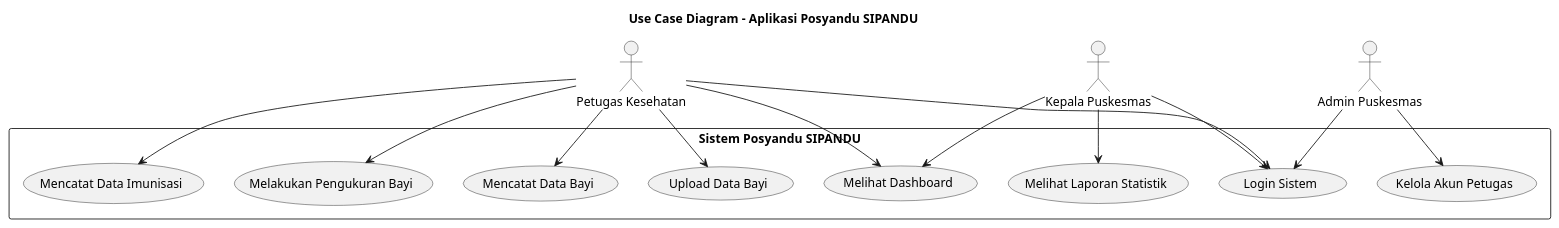
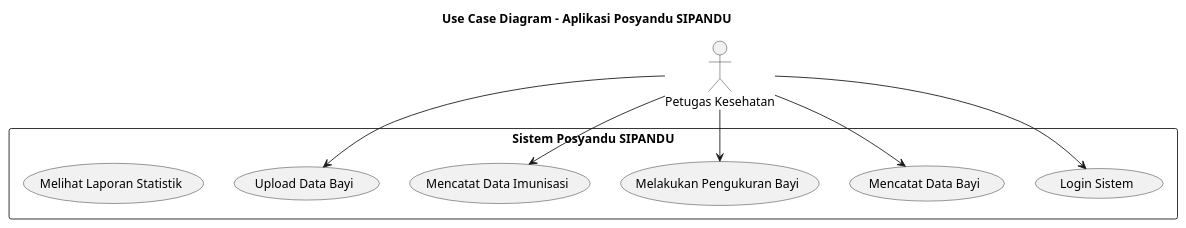
One commit to RiansyahTohamba/electron-posyandu-anawai changed the diagram in UML/use_case.puml. Above: the diagram before and after it, drawn with PlantUML.

Commit message:
update uc

```diff
--- a/UML/use_case.puml
+++ b/UML/use_case.puml
@@ -1,33 +1,20 @@
 @startuml
 title Use Case Diagram - Aplikasi Posyandu SIPANDU
 
 actor "Petugas Kesehatan" as Petugas
-actor "Admin Puskesmas" as Admin
-actor "Kepala Puskesmas" as Kepala
 
 rectangle "Sistem Posyandu SIPANDU" {
     usecase "Login Sistem" as UC1
     usecase "Mencatat Data Bayi" as UC2
     usecase "Melakukan Pengukuran Bayi" as UC3
     usecase "Mencatat Data Imunisasi" as UC4
-    usecase "Melihat Dashboard" as UC5
     usecase "Upload Data Bayi" as UC6
-    usecase "Kelola Akun Petugas" as UC7
     usecase "Melihat Laporan Statistik" as UC8
 }
 
 Petugas --> UC1
 Petugas --> UC2
 Petugas --> UC3
 Petugas --> UC4
-Petugas --> UC5
 Petugas --> UC6
-
-Admin --> UC1
-Admin --> UC7
-
-Kepala --> UC1
-Kepala --> UC5
-Kepala --> UC8
-
 @enduml
```
